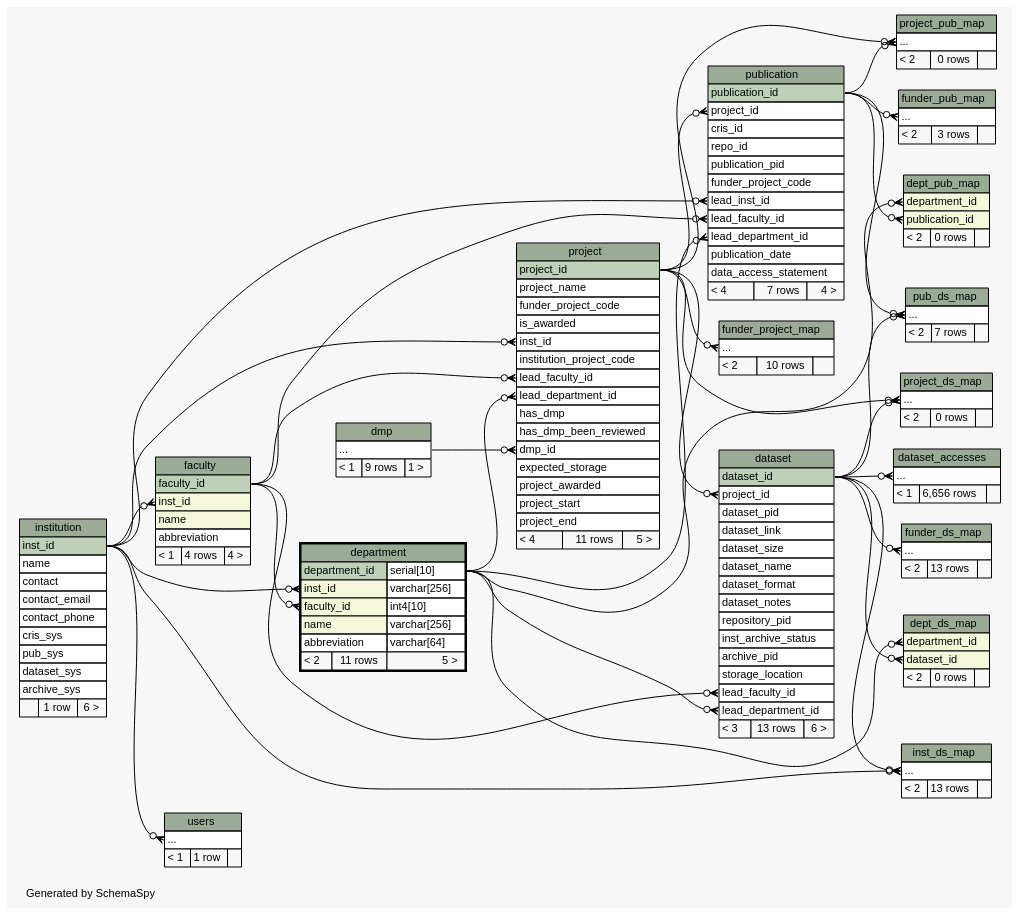
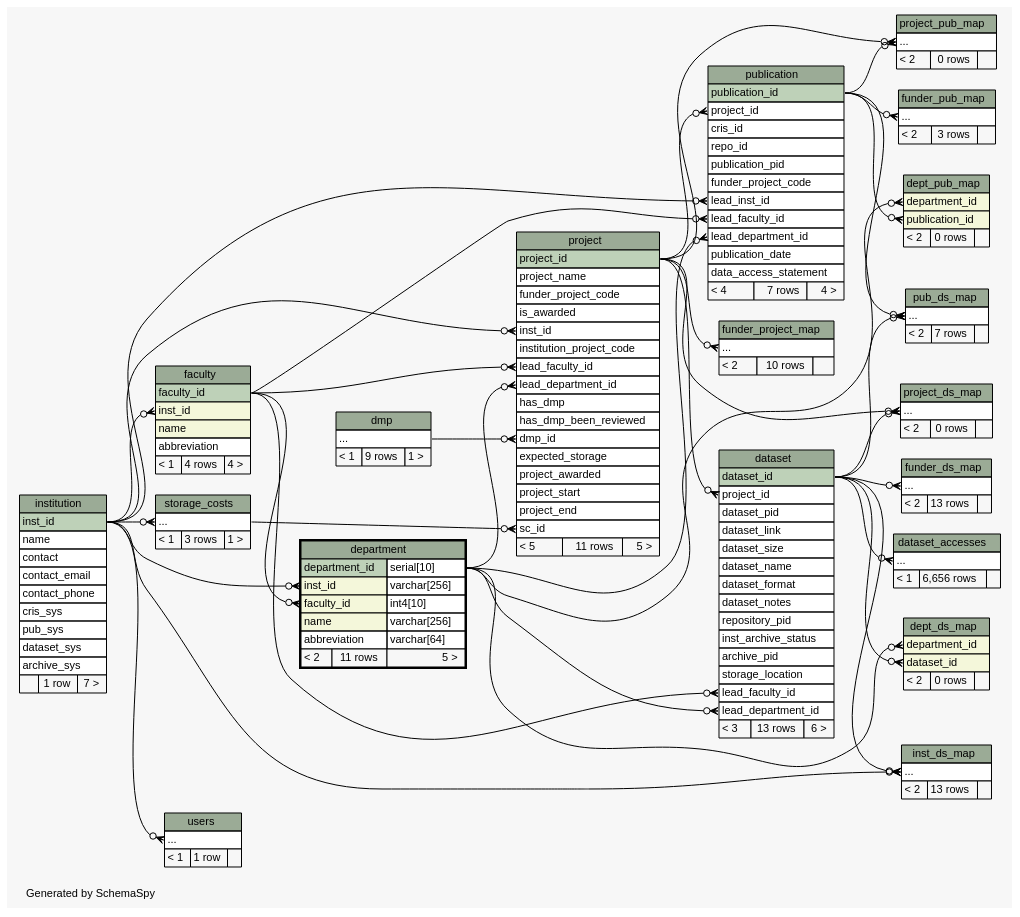
The diagram in ss.out/diagrams/department.2degrees.dot (lulibrary/dmao_infrastructure), drawn with Graphviz before and after one commit. The commit also changed 109 other files, not shown here.

Commit message:
some tidying up of no longer used stuff in nginx_dmaonline.conf, added a table and view to provide project expected storage costs

```diff
--- a/ss.out/diagrams/department.2degrees.dot
+++ b/ss.out/diagrams/department.2degrees.dot
@@ -39,6 +39,7 @@
   "project":"inst_id":w -> "institution":"inst_id":e [arrowhead=none dir=back arrowtail=crowodot];
   "project":"lead_department_id":w -> "department":"department_id.type":e [arrowhead=none dir=back arrowtail=crowodot];
   "project":"lead_faculty_id":w -> "faculty":"faculty_id":e [arrowhead=none dir=back arrowtail=crowodot];
+  "project":"sc_id":w -> "storage_costs":"elipses":e [arrowhead=none dir=back arrowtail=crowodot];
   "project_ds_map":"elipses":w -> "dataset":"dataset_id":e [arrowhead=none dir=back arrowtail=crowodot];
   "project_ds_map":"elipses":w -> "project":"project_id":e [arrowhead=none dir=back arrowtail=crowodot];
   "project_pub_map":"elipses":w -> "project":"project_id":e [arrowhead=none dir=back arrowtail=crowodot];
@@ -49,6 +50,7 @@
   "publication":"lead_faculty_id":w -> "faculty":"faculty_id":e [arrowhead=none dir=back arrowtail=crowodot];
   "publication":"lead_inst_id":w -> "institution":"inst_id":e [arrowhead=none dir=back arrowtail=crowodot];
   "publication":"project_id":w -> "project":"project_id":e [arrowhead=none dir=back arrowtail=crowodot];
+  "storage_costs":"elipses":w -> "institution":"inst_id":e [arrowhead=none dir=back arrowtail=crowodot];
   "users":"elipses":w -> "institution":"inst_id":e [arrowhead=none dir=back arrowtail=crowodot];
   "dataset" [
     label=<
@@ -195,7 +197,7 @@
       <TR><TD PORT="pub_sys" COLSPAN="3" ALIGN="LEFT">pub_sys</TD></TR>
       <TR><TD PORT="dataset_sys" COLSPAN="3" ALIGN="LEFT">dataset_sys</TD></TR>
       <TR><TD PORT="archive_sys" COLSPAN="3" ALIGN="LEFT">archive_sys</TD></TR>
-      <TR><TD ALIGN="LEFT" BGCOLOR="#f7f7f7">  </TD><TD ALIGN="RIGHT" BGCOLOR="#f7f7f7">1 row</TD><TD ALIGN="RIGHT" BGCOLOR="#f7f7f7">6 &gt;</TD></TR>
+      <TR><TD ALIGN="LEFT" BGCOLOR="#f7f7f7">  </TD><TD ALIGN="RIGHT" BGCOLOR="#f7f7f7">1 row</TD><TD ALIGN="RIGHT" BGCOLOR="#f7f7f7">7 &gt;</TD></TR>
     </TABLE>>
     URL="institution.html"
     tooltip="institution"
@@ -219,7 +221,8 @@
       <TR><TD PORT="project_awarded" COLSPAN="3" ALIGN="LEFT">project_awarded</TD></TR>
       <TR><TD PORT="project_start" COLSPAN="3" ALIGN="LEFT">project_start</TD></TR>
       <TR><TD PORT="project_end" COLSPAN="3" ALIGN="LEFT">project_end</TD></TR>
-      <TR><TD ALIGN="LEFT" BGCOLOR="#f7f7f7">&lt; 4</TD><TD ALIGN="RIGHT" BGCOLOR="#f7f7f7">11 rows</TD><TD ALIGN="RIGHT" BGCOLOR="#f7f7f7">5 &gt;</TD></TR>
+      <TR><TD PORT="sc_id" COLSPAN="3" ALIGN="LEFT">sc_id</TD></TR>
+      <TR><TD ALIGN="LEFT" BGCOLOR="#f7f7f7">&lt; 5</TD><TD ALIGN="RIGHT" BGCOLOR="#f7f7f7">11 rows</TD><TD ALIGN="RIGHT" BGCOLOR="#f7f7f7">5 &gt;</TD></TR>
     </TABLE>>
     URL="project.html"
     tooltip="project"
@@ -274,6 +277,16 @@
     URL="publication.html"
     tooltip="publication"
   ];
+  "storage_costs" [
+    label=<
+    <TABLE BORDER="0" CELLBORDER="1" CELLSPACING="0" BGCOLOR="#ffffff">
+      <TR><TD COLSPAN="3" BGCOLOR="#9bab96" ALIGN="CENTER">storage_costs</TD></TR>
+      <TR><TD PORT="elipses" COLSPAN="3" ALIGN="LEFT">...</TD></TR>
+      <TR><TD ALIGN="LEFT" BGCOLOR="#f7f7f7">&lt; 1</TD><TD ALIGN="RIGHT" BGCOLOR="#f7f7f7">3 rows</TD><TD ALIGN="RIGHT" BGCOLOR="#f7f7f7">1 &gt;</TD></TR>
+    </TABLE>>
+    URL="storage_costs.html"
+    tooltip="storage_costs"
+  ];
   "users" [
     label=<
     <TABLE BORDER="0" CELLBORDER="1" CELLSPACING="0" BGCOLOR="#ffffff">
```
